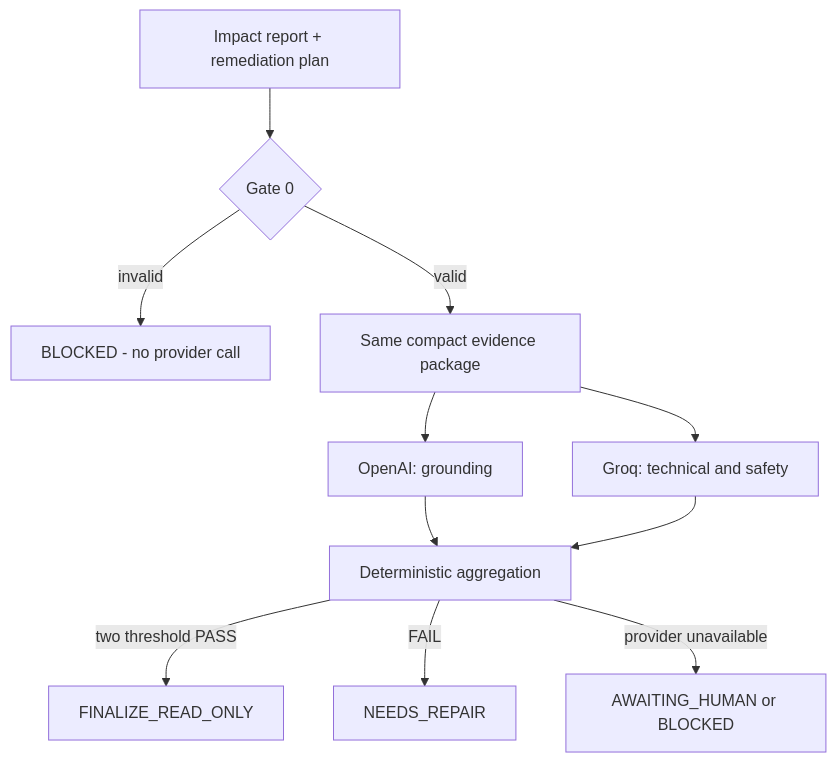
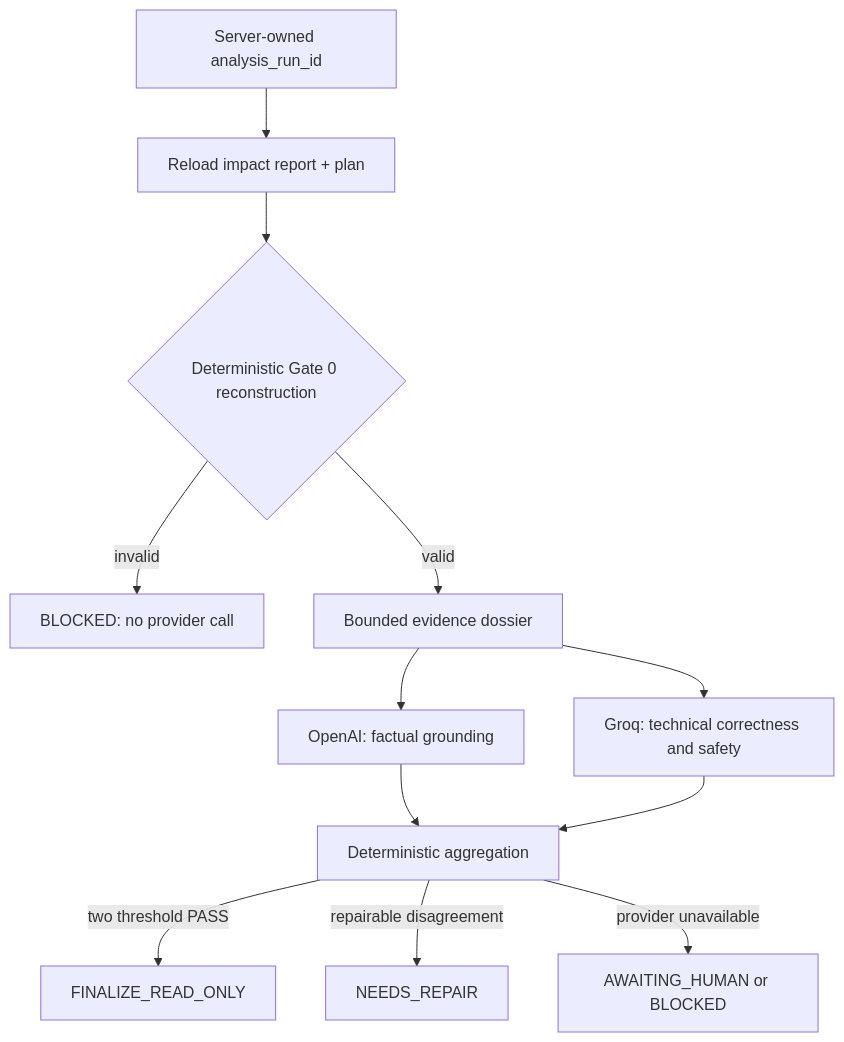
The diagram in docs/double-judging.md (omarfh111/LineageGuard-AI), drawn with Mermaid before and after one commit. The commit also changed other lines of this file and 15 other files, not shown here.

Commit message:
Harden deterministic judging and provider reliability

````diff
--- a/docs/double-judging.md
+++ b/docs/double-judging.md
@@ -23,13 +30,14 @@
 ```mermaid
 flowchart TD
-    R[Impact report + remediation plan] --> G{Gate 0}
-    G -->|invalid| B[BLOCKED - no provider call]
-    G -->|valid| P[Same compact evidence package]
-    P --> O[OpenAI: grounding]
-    P --> Q[Groq: technical and safety]
-    O --> A[Deterministic aggregation]
-    Q --> A
-    A -->|two threshold PASS| F[FINALIZE_READ_ONLY]
-    A -->|FAIL| N[NEEDS_REPAIR]
-    A -->|provider unavailable| H[AWAITING_HUMAN or BLOCKED]
+    Input["Server-owned analysis_run_id"] --> Snapshot["Reload impact report + plan"]
+    Snapshot --> Gate{"Deterministic Gate 0 reconstruction"}
+    Gate -->|"invalid"| Blocked["BLOCKED: no provider call"]
+    Gate -->|"valid"| Packet["Bounded evidence dossier"]
+    Packet --> O["OpenAI: factual grounding"]
+    Packet --> G["Groq: technical correctness and safety"]
+    O --> Aggregate["Deterministic aggregation"]
+    G --> Aggregate
+    Aggregate -->|"two threshold PASS"| Final["FINALIZE_READ_ONLY"]
+    Aggregate -->|"repairable disagreement"| Repair["NEEDS_REPAIR"]
+    Aggregate -->|"provider unavailable"| Human["AWAITING_HUMAN or BLOCKED"]
 ```
````
